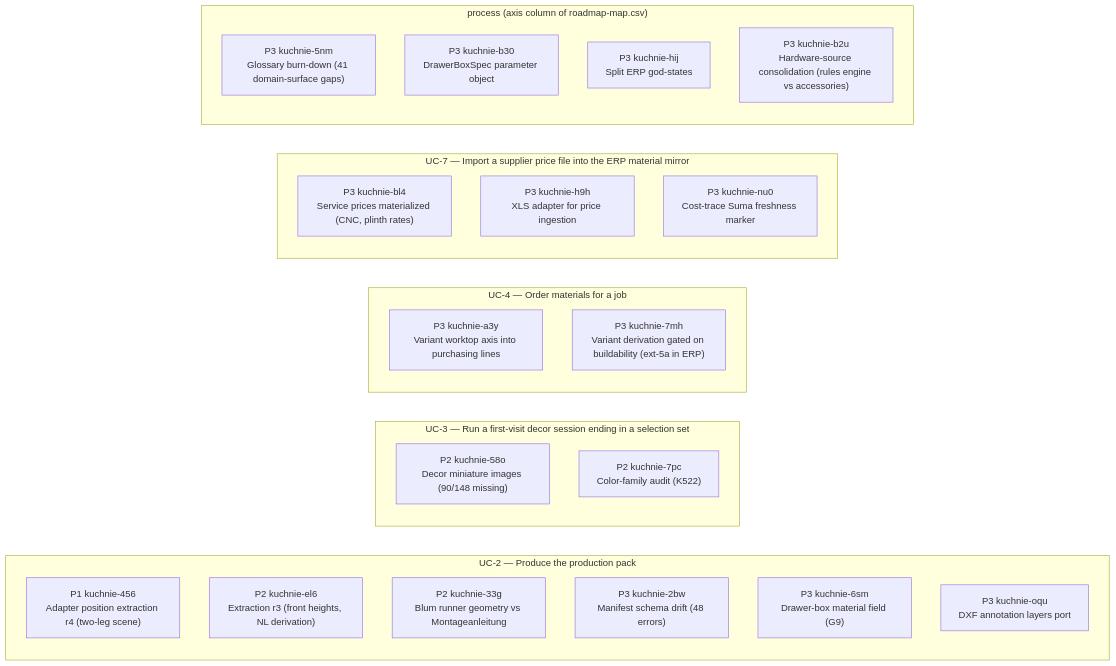
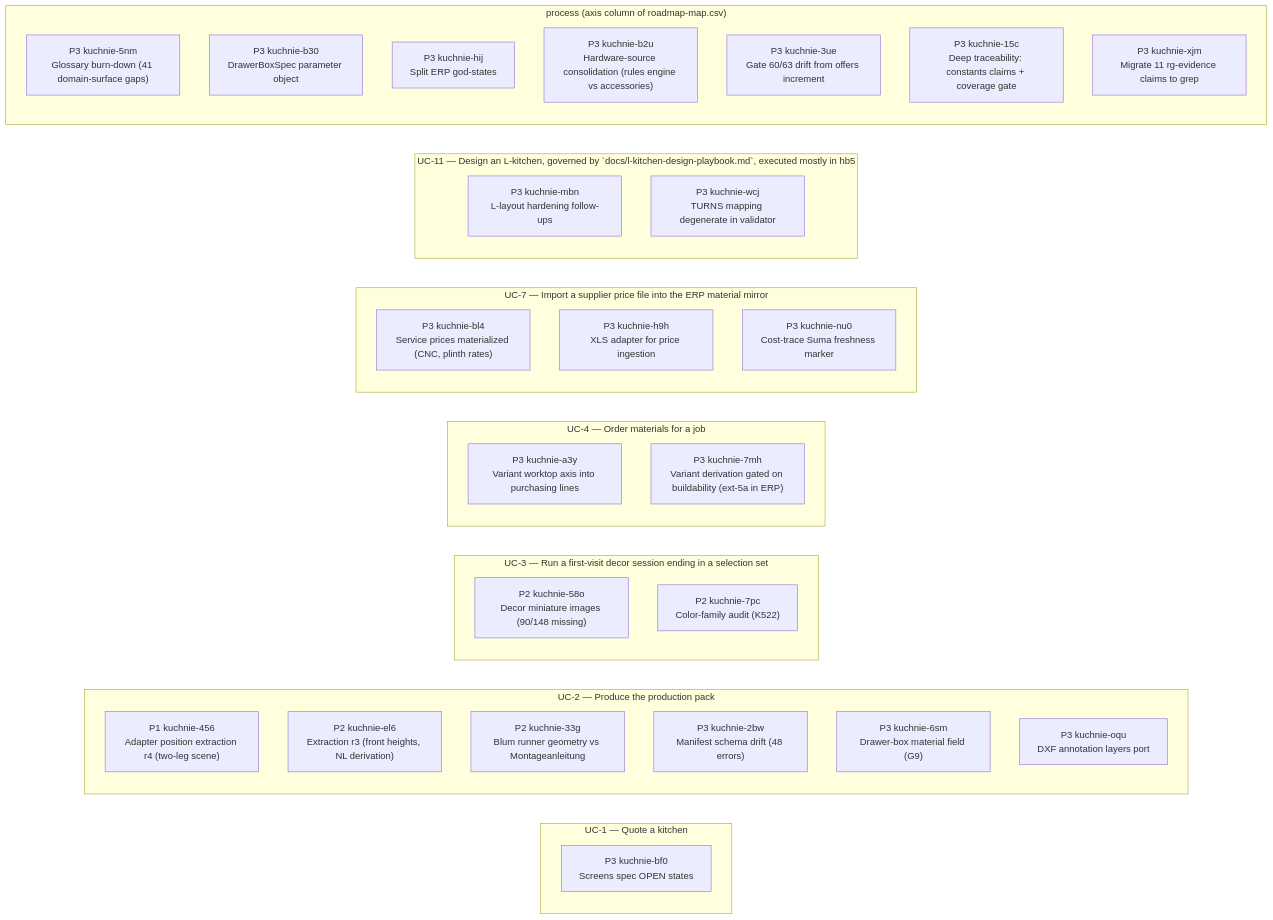
The second of 2 diagrams in STATUS.md (m1981/kuchnie), drawn with Mermaid before and after one commit. The commit also changed other lines of this file and 5 other files, not shown here.

First line of the commit message:
specs+truth: UC-1 threshold-1 markers rolled to tr-e469bec3, ext 3a renegotiated (no extra widening), roadmap-map +8 rows, verdicts, STATUS regen

````diff
--- a/STATUS.md
+++ b/STATUS.md
@@ -168,30 +172,40 @@
 ```mermaid
 flowchart LR
+    subgraph gUC_1 ["UC-1 — Quote a kitchen"]
+        u_kuchnie_bf0["P3 kuchnie-bf0<br/>Screens spec OPEN states"]
+    end
     subgraph gUC_2 ["UC-2 — Produce the production pack"]
         u_kuchnie_456["P1 kuchnie-456<br/>Adapter position extraction r4 (two-leg scene)"]
         u_kuchnie_el6["P2 kuchnie-el6<br/>Extraction r3 (front heights, NL derivation)"]
         u_kuchnie_33g["P2 kuchnie-33g<br/>Blum runner geometry vs Montageanleitung"]
         u_kuchnie_2bw["P3 kuchnie-2bw<br/>Manifest schema drift (48 errors)"]
         u_kuchnie_6sm["P3 kuchnie-6sm<br/>Drawer-box material field (G9)"]
         u_kuchnie_oqu["P3 kuchnie-oqu<br/>DXF annotation layers port"]
     end
     subgraph gUC_3 ["UC-3 — Run a first-visit decor session ending in a selection set"]
         u_kuchnie_58o["P2 kuchnie-58o<br/>Decor miniature images (90/148 missing)"]
         u_kuchnie_7pc["P2 kuchnie-7pc<br/>Color-family audit (K522)"]
     end
     subgraph gUC_4 ["UC-4 — Order materials for a job"]
         u_kuchnie_a3y["P3 kuchnie-a3y<br/>Variant worktop axis into purchasing lines"]
         u_kuchnie_7mh["P3 kuchnie-7mh<br/>Variant derivation gated on buildability (ext-5a in ERP)"]
     end
     subgraph gUC_7 ["UC-7 — Import a supplier price file into the ERP material mirror"]
         u_kuchnie_bl4["P3 kuchnie-bl4<br/>Service prices materialized (CNC, plinth rates)"]
         u_kuchnie_h9h["P3 kuchnie-h9h<br/>XLS adapter for price ingestion"]
         u_kuchnie_nu0["P3 kuchnie-nu0<br/>Cost-trace Suma freshness marker"]
     end
+    subgraph gUC_11 ["UC-11 — Design an L-kitchen, governed by `docs/l-kitchen-design-playbook.md`, executed mostly in hb5"]
+        u_kuchnie_mbn["P3 kuchnie-mbn<br/>L-layout hardening follow-ups"]
+        u_kuchnie_wcj["P3 kuchnie-wcj<br/>TURNS mapping degenerate in validator"]
+    end
     subgraph g_none ["process (axis column of roadmap-map.csv)"]
         u_kuchnie_5nm["P3 kuchnie-5nm<br/>Glossary burn-down (41 domain-surface gaps)"]
         u_kuchnie_b30["P3 kuchnie-b30<br/>DrawerBoxSpec parameter object"]
         u_kuchnie_hij["P3 kuchnie-hij<br/>Split ERP god-states"]
         u_kuchnie_b2u["P3 kuchnie-b2u<br/>Hardware-source consolidation (rules engine vs accessories)"]
+        u_kuchnie_3ue["P3 kuchnie-3ue<br/>Gate 60/63 drift from offers increment"]
+        u_kuchnie_15c["P3 kuchnie-15c<br/>Deep traceability: constants claims + coverage gate"]
+        u_kuchnie_xjm["P3 kuchnie-xjm<br/>Migrate 11 rg-evidence claims to grep"]
     end
 ```
````
